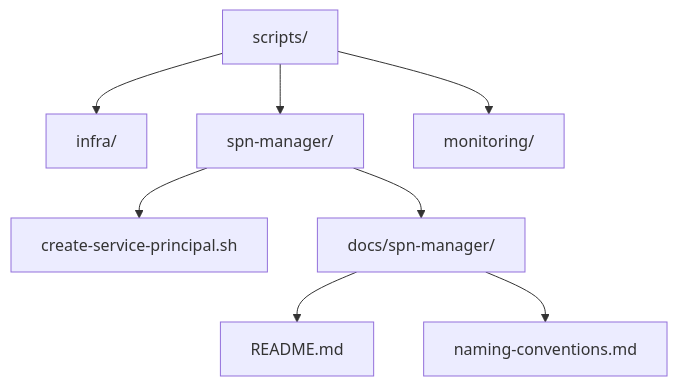
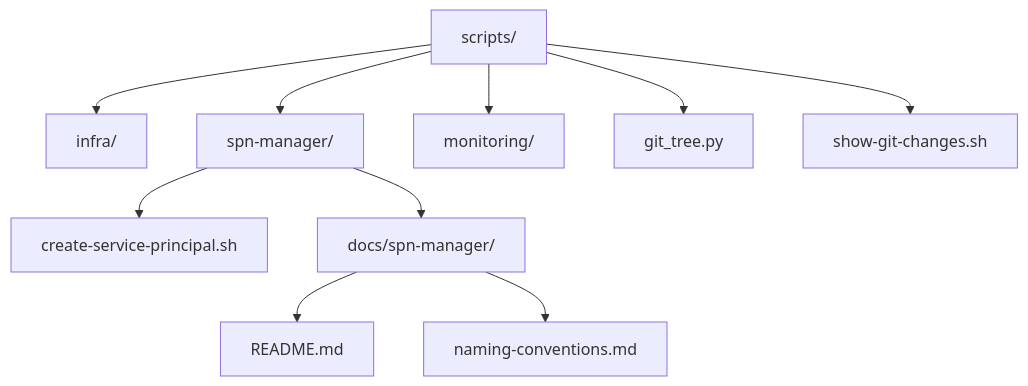
The first of 2 diagrams in scripts/README.md (phoenixvc/PhoenixVC-Website), drawn with Mermaid before and after one commit. The commit also changed other lines of this file and 6 other files, not shown here.

````diff
--- a/scripts/README.md
+++ b/scripts/README.md
@@ -3,10 +20,12 @@
 ```mermaid
 graph TD
   A[scripts/] --> B[infra/]
   A --> C[spn-manager/]
   A --> D[monitoring/]
-  C --> E[create-service-principal.sh]
-  C --> F[docs/spn-manager/]
-  F --> G[README.md]
-  F --> H[naming-conventions.md]
+  A --> E[git_tree.py]
+  A --> F[show-git-changes.sh]
+  C --> G[create-service-principal.sh]
+  C --> H[docs/spn-manager/]
+  H --> I[README.md]
+  H --> J[naming-conventions.md]
 ```
````
